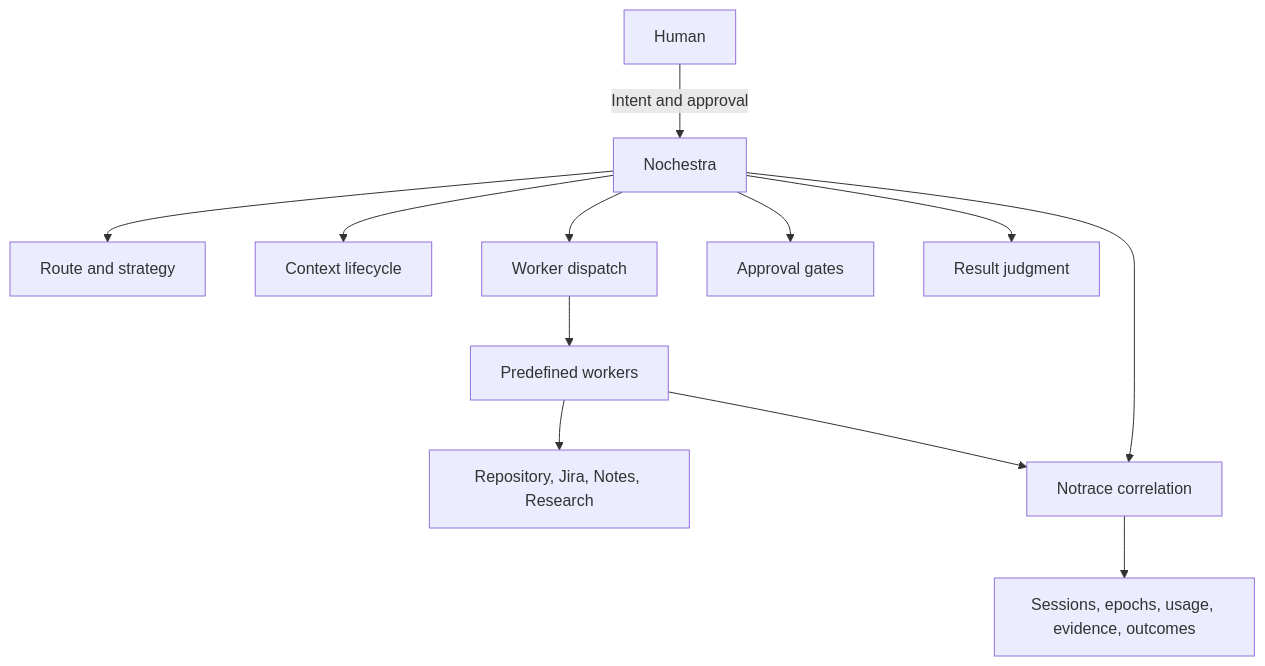
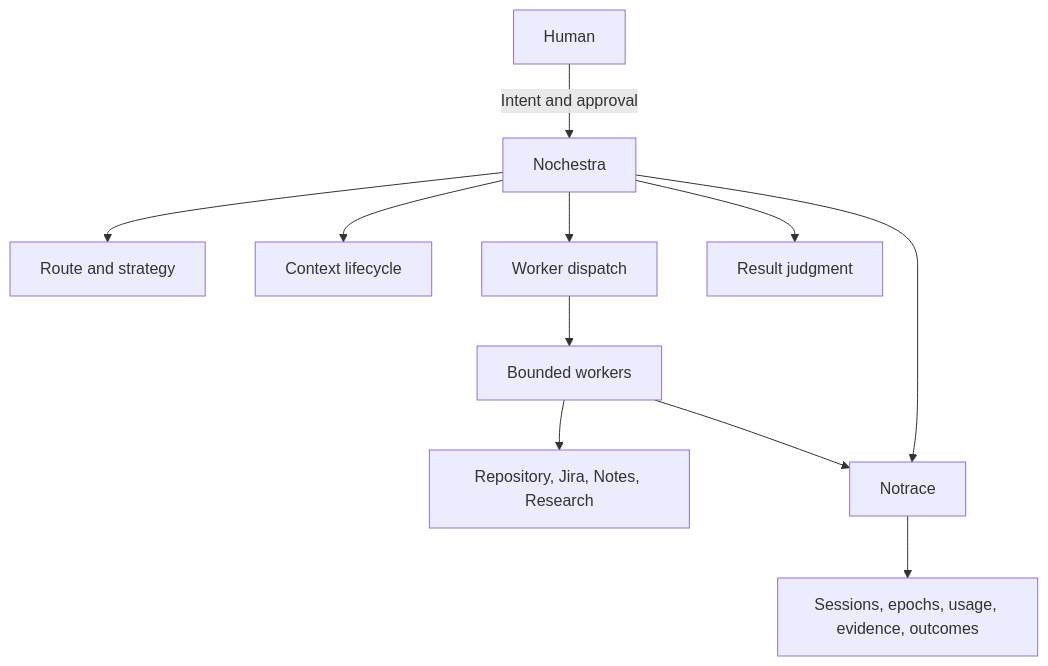
One commit to raquezha/nothing changed the first of 2 diagrams in docs/nochestra/PRODUCT.md. Above: the diagram before and after it, drawn with Mermaid. The commit also changed other lines of this file, not shown here.

````diff
--- a/docs/nochestra/PRODUCT.md
+++ b/docs/nochestra/PRODUCT.md
@@ -126,17 +39,13 @@
 ```mermaid
 flowchart TD
     H[Human] -->|Intent and approval| N[Nochestra]
-
     N --> R[Route and strategy]
     N --> C[Context lifecycle]
     N --> D[Worker dispatch]
-    N --> G[Approval gates]
     N --> J[Result judgment]
-
-    D --> W[Predefined workers]
+    D --> W[Bounded workers]
     W --> X[Repository, Jira, Notes, Research]
-
-    N --> T[Notrace correlation]
+    N --> T[Notrace]
     W --> T
     T --> E[Sessions, epochs, usage, evidence, outcomes]
 ```
````
